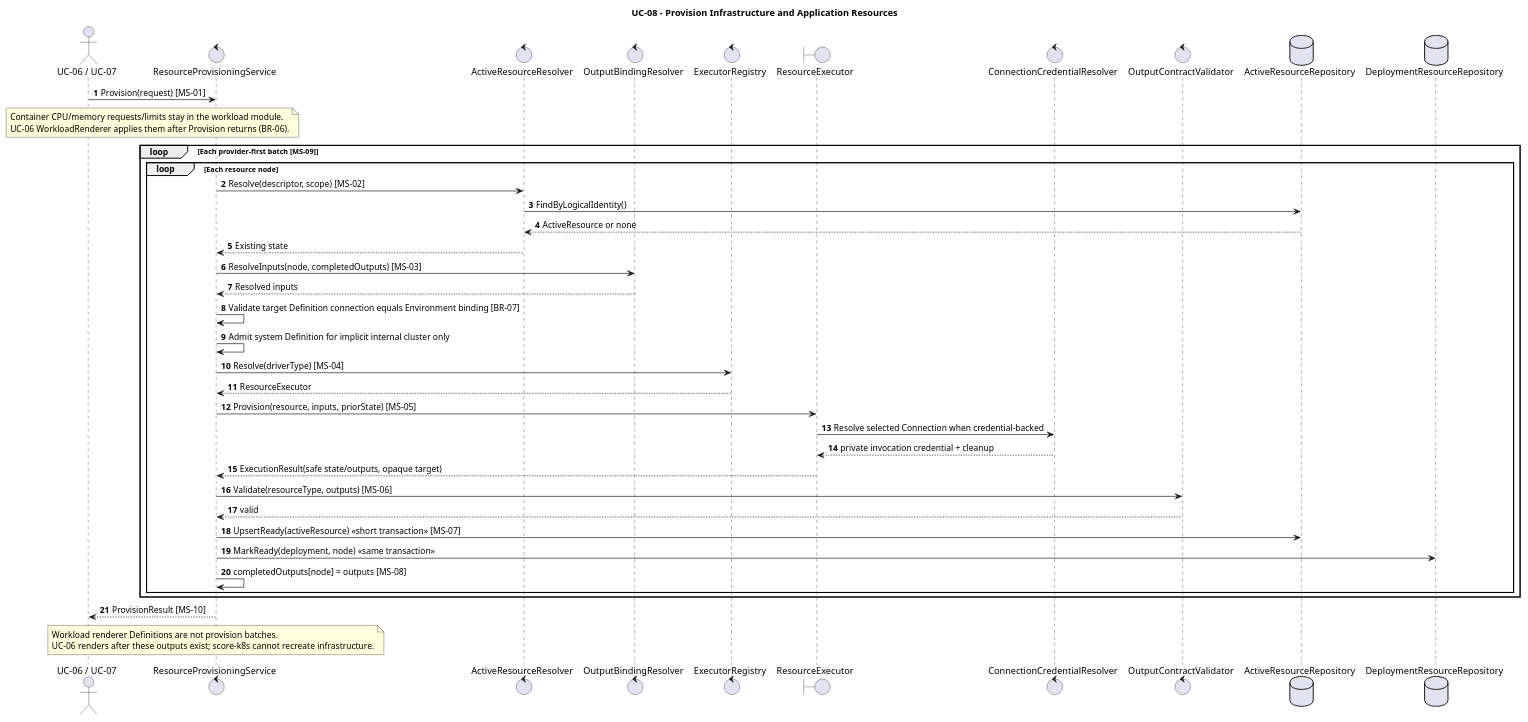
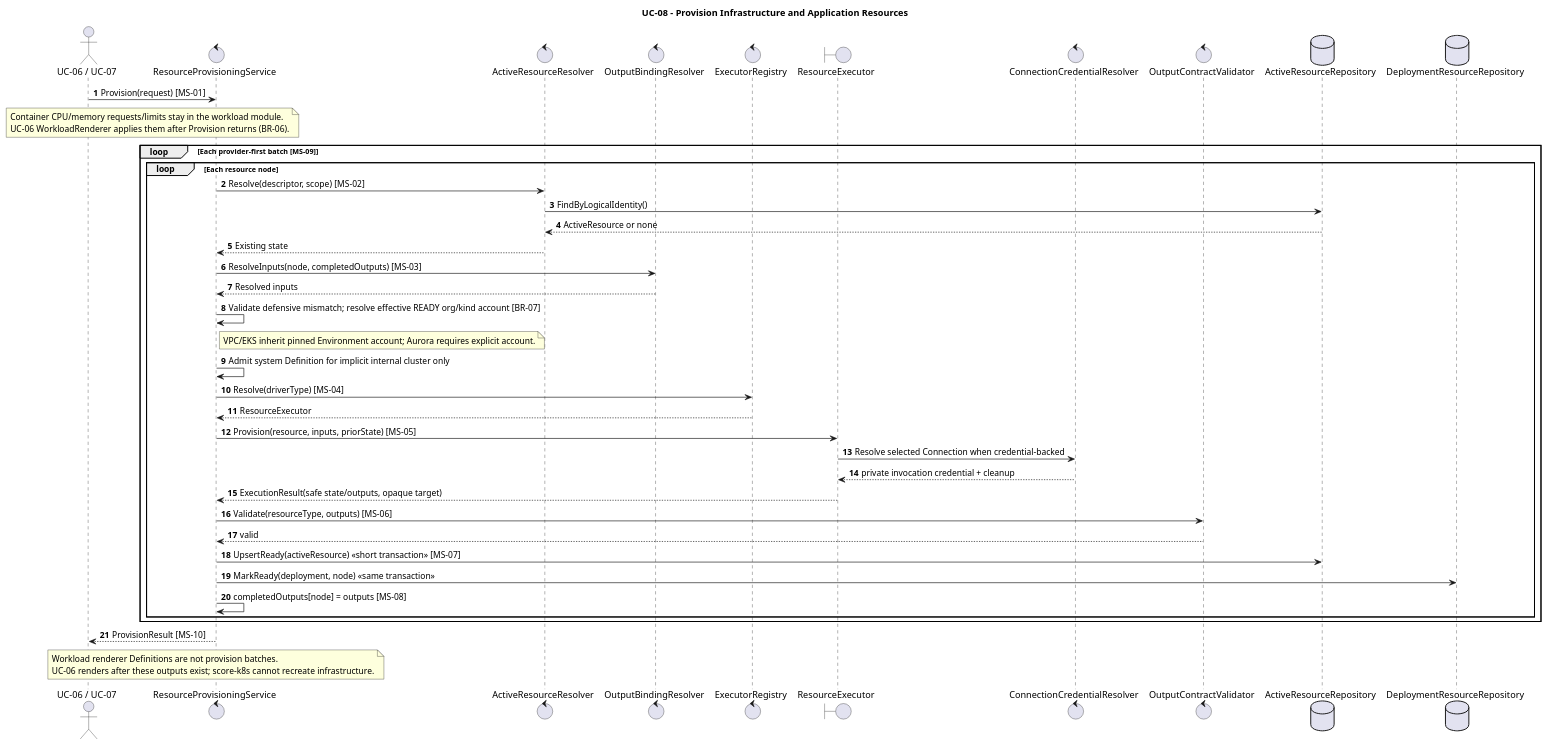
One commit to pr3s3nt/poc changed the diagram in orchestrator_docs/usecase/UC-08/sequence.puml. Above: the diagram before and after it, drawn with PlantUML. The commit also changed 36 other files, not shown here.

Commit message:
T16: VPC/EKS dùng Kết nối AWS của Môi trường

```diff
--- a/orchestrator_docs/usecase/UC-08/sequence.puml
+++ b/orchestrator_docs/usecase/UC-08/sequence.puml
@@ -1,49 +1,50 @@
 @startuml
 title UC-08 - Provision Infrastructure and Application Resources
 autonumber
 actor "UC-06 / UC-07" as Caller
 control ResourceProvisioningService as Service
 control ActiveResourceResolver as ActiveResolver
 control OutputBindingResolver as BindingResolver
 control ExecutorRegistry as Registry
 boundary ResourceExecutor as Executor
 control ConnectionCredentialResolver as Credentials
 control OutputContractValidator as Validator
 database ActiveResourceRepository as ResourceRepo
 database DeploymentResourceRepository as DeploymentResourceRepo
 
 Caller -> Service: Provision(request) [MS-01]
 note over Caller, Service
 Container CPU/memory requests/limits stay in the workload module.
 UC-06 WorkloadRenderer applies them after Provision returns (BR-06).
 end note
 loop Each provider-first batch [MS-09]
   loop Each resource node
     Service -> ActiveResolver: Resolve(descriptor, scope) [MS-02]
     ActiveResolver -> ResourceRepo: FindByLogicalIdentity()
     ResourceRepo --> ActiveResolver: ActiveResource or none
     ActiveResolver --> Service: Existing state
     Service -> BindingResolver: ResolveInputs(node, completedOutputs) [MS-03]
     BindingResolver --> Service: Resolved inputs
-    Service -> Service: Validate target Definition connection equals Environment binding [BR-07]
+    Service -> Service: Validate defensive mismatch; resolve effective READY org/kind account [BR-07]
+    note right of Service: VPC/EKS inherit pinned Environment account; Aurora requires explicit account.
     Service -> Service: Admit system Definition for implicit internal cluster only
     Service -> Registry: Resolve(driverType) [MS-04]
     Registry --> Service: ResourceExecutor
     Service -> Executor: Provision(resource, inputs, priorState) [MS-05]
     Executor -> Credentials: Resolve selected Connection when credential-backed
     Credentials --> Executor: private invocation credential + cleanup
     Executor --> Service: ExecutionResult(safe state/outputs, opaque target)
     Service -> Validator: Validate(resourceType, outputs) [MS-06]
     Validator --> Service: valid
     Service -> ResourceRepo: UpsertReady(activeResource) <<short transaction>> [MS-07]
     Service -> DeploymentResourceRepo: MarkReady(deployment, node) <<same transaction>>
     Service -> Service: completedOutputs[node] = outputs [MS-08]
   end
 end
 Service --> Caller: ProvisionResult [MS-10]
 
 note over Service
 Workload renderer Definitions are not provision batches.
 UC-06 renders after these outputs exist; score-k8s cannot recreate infrastructure.
 end note
 @enduml
```
